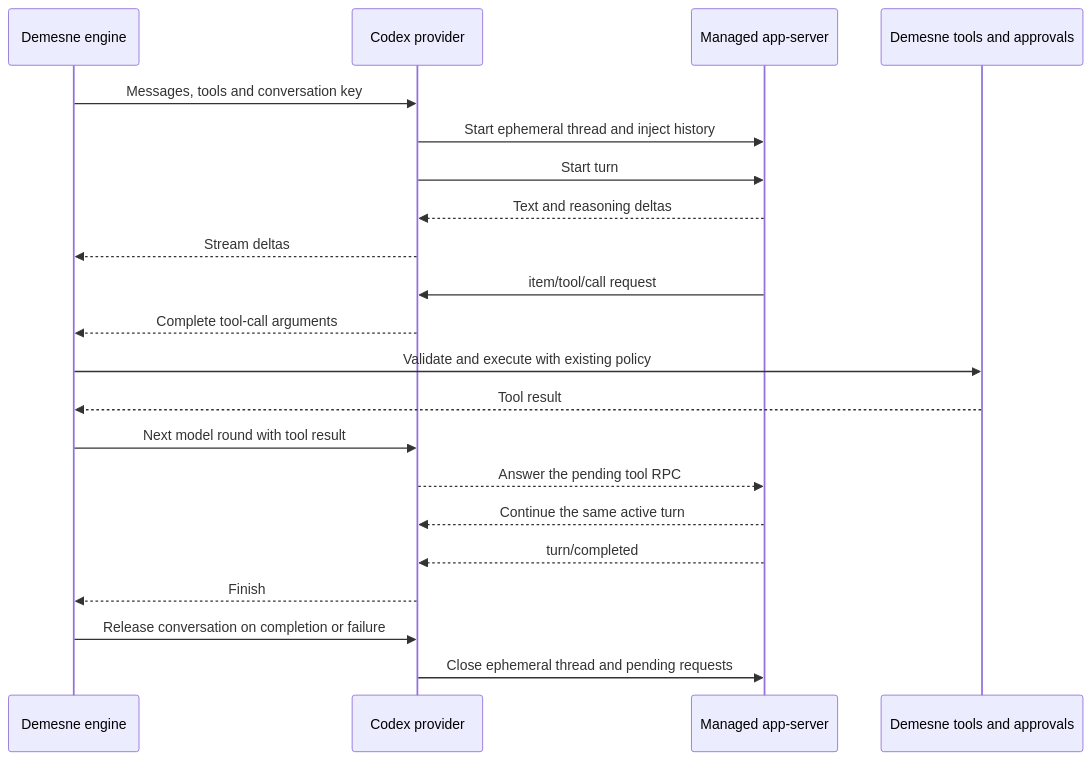
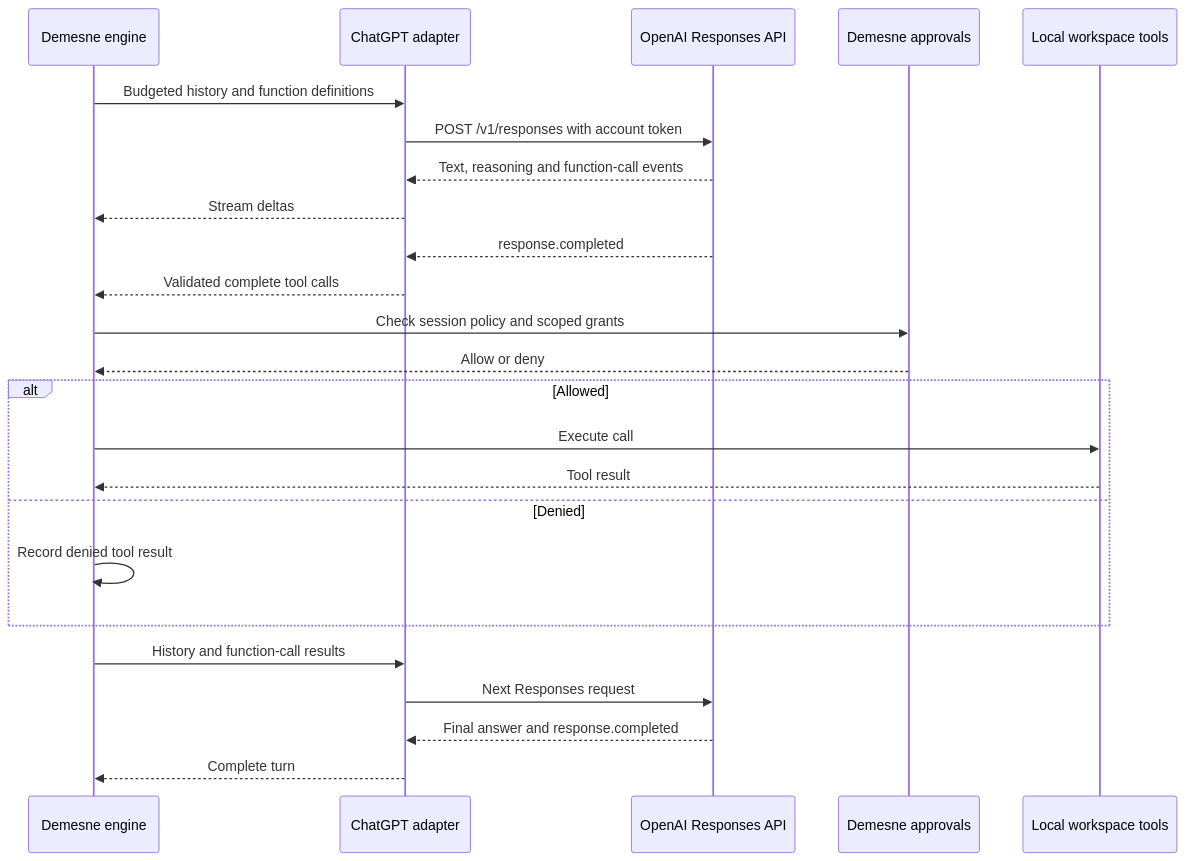
Before and after one commit to Shingi-Michael/demesne-cli: the third of 3 diagrams in docs/architecture.md, drawn with Mermaid. The commit also changed other lines of this file and 42 other files, not shown here.

````diff
--- a/docs/architecture.md
+++ b/docs/architecture.md
@@ -78,23 +73,26 @@
 ```mermaid
 sequenceDiagram
     participant E as Demesne engine
-    participant P as Codex provider
-    participant C as Managed app-server
-    participant T as Demesne tools and approvals
-    E->>P: Messages, tools and conversation key
-    P->>C: Start ephemeral thread and inject history
-    P->>C: Start turn
-    C-->>P: Text and reasoning deltas
+    participant P as ChatGPT adapter
+    participant O as OpenAI Responses API
+    participant A as Demesne approvals
+    participant T as Local workspace tools
+    E->>P: Budgeted history and function definitions
+    P->>O: POST /v1/responses with account token
+    O-->>P: Text, reasoning and function-call events
     P-->>E: Stream deltas
-    C->>P: item/tool/call request
-    P-->>E: Complete tool-call arguments
-    E->>T: Validate and execute with existing policy
-    T-->>E: Tool result
-    E->>P: Next model round with tool result
-    P-->>C: Answer the pending tool RPC
-    C-->>P: Continue the same active turn
-    C-->>P: turn/completed
-    P-->>E: Finish
-    E->>P: Release conversation on completion or failure
-    P->>C: Close ephemeral thread and pending requests
+    O-->>P: response.completed
+    P-->>E: Validated complete tool calls
+    E->>A: Check session policy and scoped grants
+    A-->>E: Allow or deny
+    alt Allowed
+        E->>T: Execute call
+        T-->>E: Tool result
+    else Denied
+        E->>E: Record denied tool result
+    end
+    E->>P: History and function-call results
+    P->>O: Next Responses request
+    O-->>P: Final answer and response.completed
+    P-->>E: Complete turn
 ```
````
